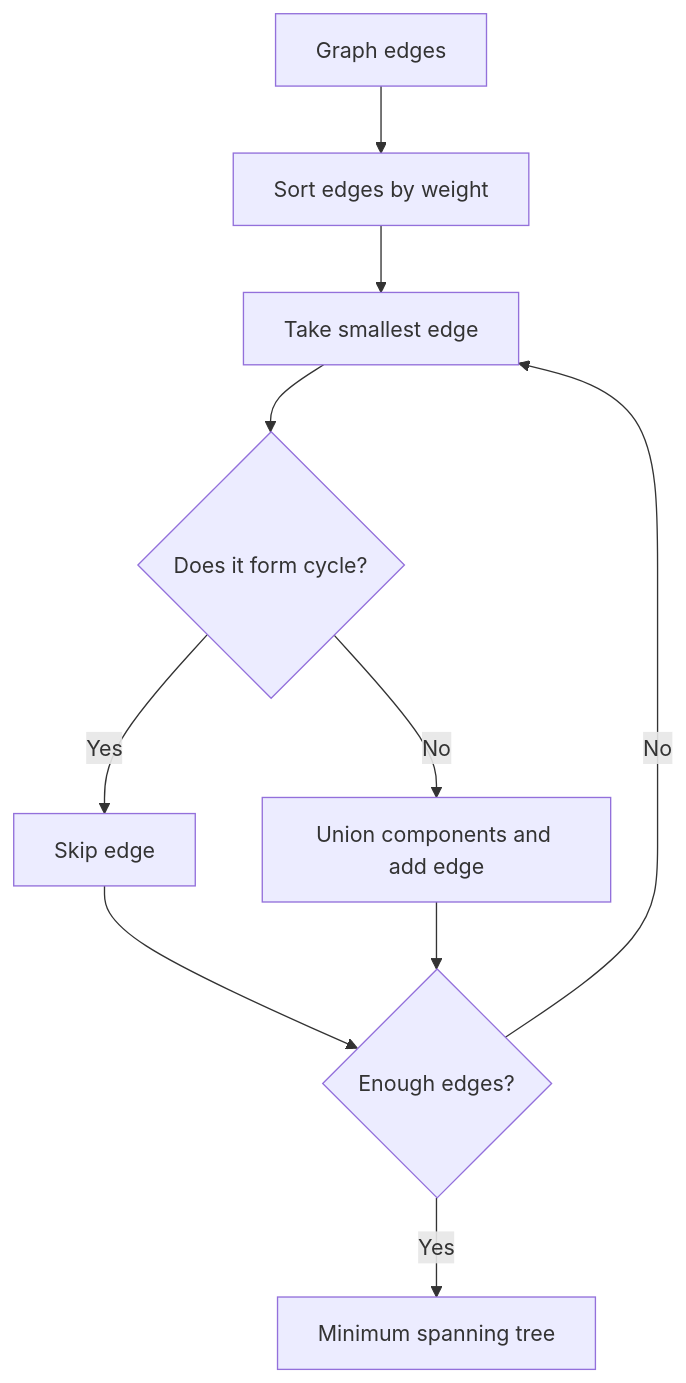
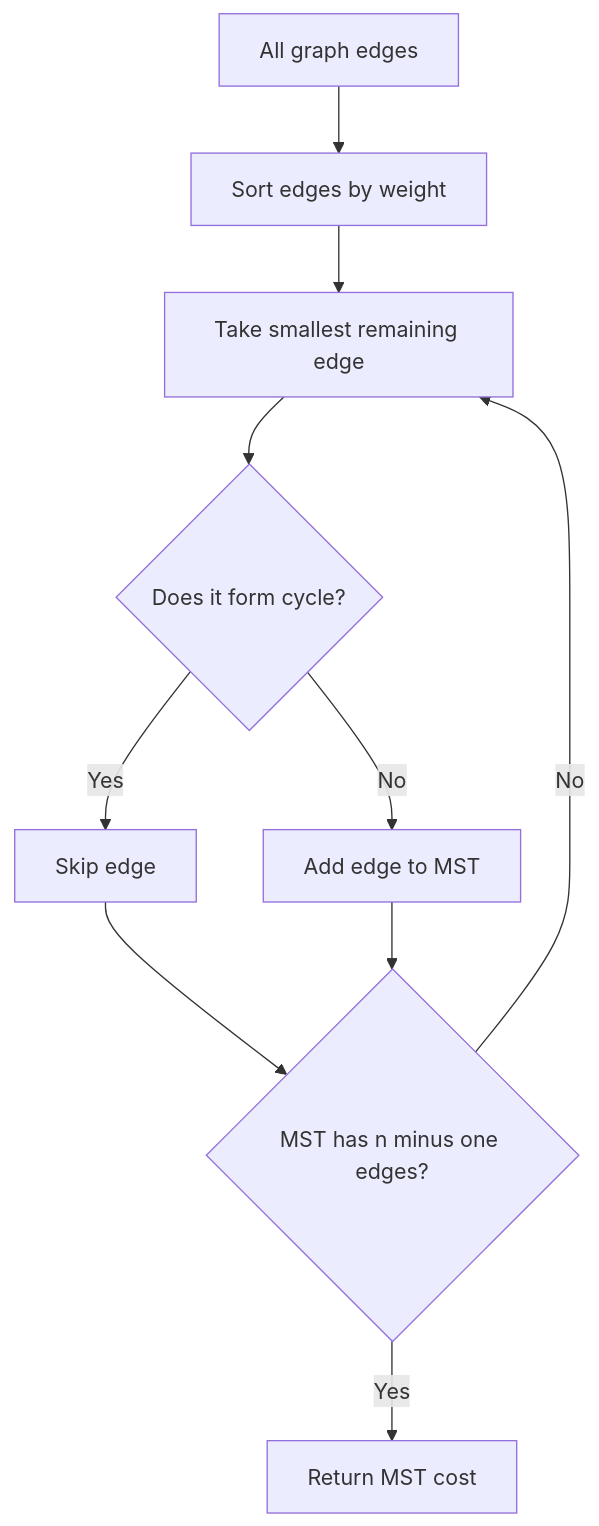
One commit to mthaiseer/springcloud-systemdesign-notes changed diagram 13 of 22 in CP_DSA_NOTES/CONCEPT_FRAMEWORK_FORMS_TATICS/010_GREEDY_CFFT.md. Above: the diagram before and after it, drawn with Mermaid. The commit also changed other lines of this file and 1 other file, not shown here.

````diff
--- a/CP_DSA_NOTES/CONCEPT_FRAMEWORK_FORMS_TATICS/010_GREEDY_CFFT.md
+++ b/CP_DSA_NOTES/CONCEPT_FRAMEWORK_FORMS_TATICS/010_GREEDY_CFFT.md
@@ -637,12 +762,12 @@
 ```mermaid
 flowchart TD
-    A[Graph edges] --> B[Sort edges by weight]
-    B --> C[Take smallest edge]
+    A[All graph edges] --> B[Sort edges by weight]
+    B --> C[Take smallest remaining edge]
     C --> D{Does it form cycle?}
     D -->|Yes| E[Skip edge]
-    D -->|No| F[Union components and add edge]
-    E --> G{Enough edges?}
+    D -->|No| F[Add edge to MST]
+    E --> G{MST has n minus one edges?}
     F --> G
     G -->|No| C
-    G -->|Yes| H[Minimum spanning tree]
+    G -->|Yes| H[Return MST cost]
 ```
````
